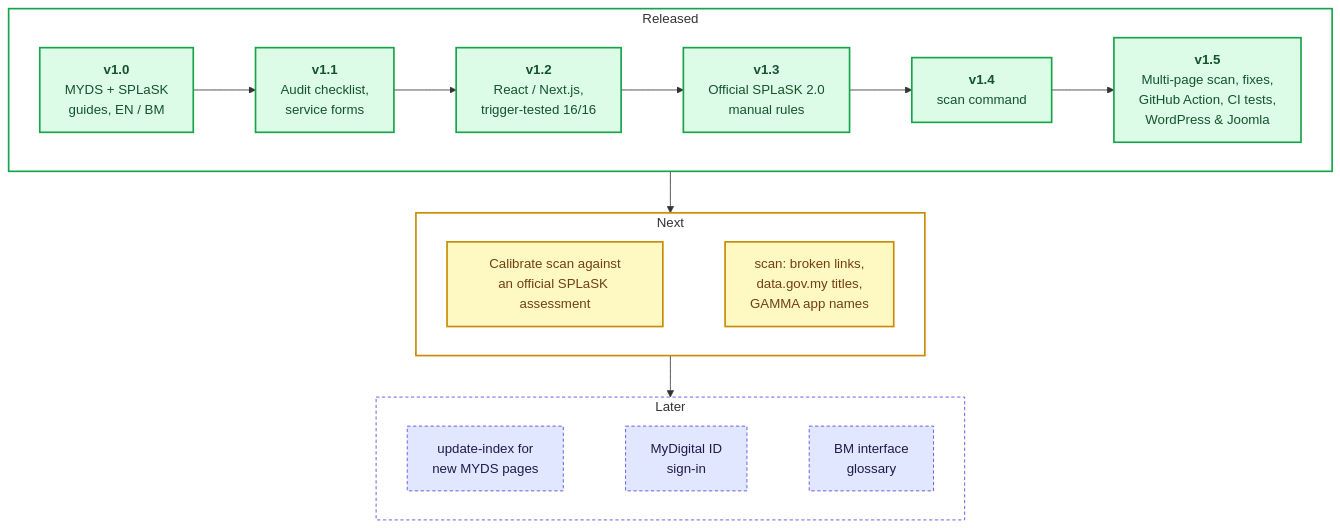
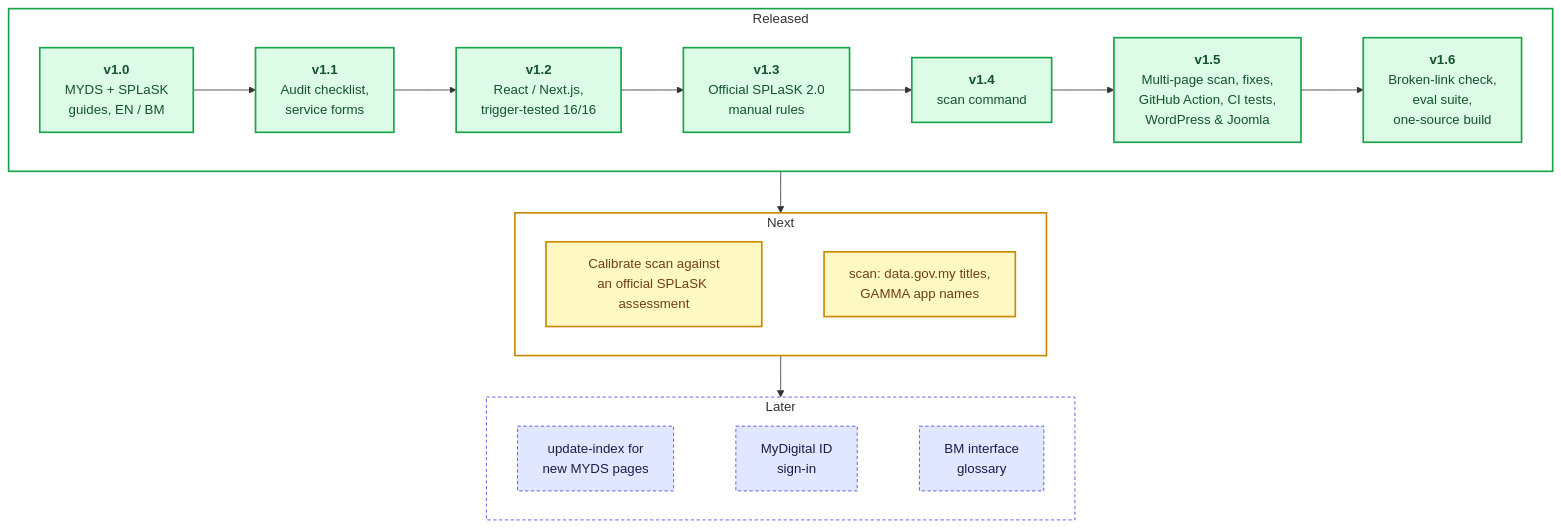
One commit to DexComm69/malaysia-gov-web-guidance changed the second of 2 diagrams in README.md. Above: the diagram before and after it, drawn with Mermaid. The commit also changed other lines of this file and 45 other files, not shown here.

Commit message:
v1.6.0: scan --check-links, eval suite (rounds 4-5), one-source build script

````diff
--- a/README.md
+++ b/README.md
@@ -332,40 +333,41 @@
 ```mermaid
 flowchart TB
     subgraph shipped ["Released"]
         direction LR
         v10["<b>v1.0</b><br/>MYDS + SPLaSK<br/>guides, EN / BM"]
         v11["<b>v1.1</b><br/>Audit checklist,<br/>service forms"]
         v12["<b>v1.2</b><br/>React / Next.js,<br/>trigger-tested 16/16"]
         v13["<b>v1.3</b><br/>Official SPLaSK 2.0<br/>manual rules"]
         v14["<b>v1.4</b><br/>scan command"]
         v15["<b>v1.5</b><br/>Multi-page scan, fixes,<br/>GitHub Action, CI tests,<br/>WordPress & Joomla"]
-        v10 --> v11 --> v12 --> v13 --> v14 --> v15
+        v16["<b>v1.6</b><br/>Broken-link check,<br/>eval suite,<br/>one-source build"]
+        v10 --> v11 --> v12 --> v13 --> v14 --> v15 --> v16
     end
 
     subgraph next ["Next"]
         direction LR
         cal["Calibrate scan against<br/>an official SPLaSK assessment"]
-        scanplus["scan: broken links,<br/>data.gov.my titles,<br/>GAMMA app names"]
+        scanplus["scan: data.gov.my titles,<br/>GAMMA app names"]
         cal ~~~ scanplus
     end
 
     subgraph later ["Later"]
         direction LR
         upd["update-index for<br/>new MYDS pages"]
         idm["MyDigital ID<br/>sign-in"]
         bm["BM interface<br/>glossary"]
         upd ~~~ idm ~~~ bm
     end
 
     shipped --> next --> later
 
     classDef done fill:#dcfce7,stroke:#16a34a,color:#14532d,stroke-width:2px
     classDef nxt fill:#fef9c3,stroke:#ca8a04,color:#713f12,stroke-width:2px
     classDef plan fill:#e0e7ff,stroke:#4f46e5,color:#1e1b4b,stroke-width:1px,stroke-dasharray:4 3
-    class v10,v11,v12,v13,v14,v15 done
+    class v10,v11,v12,v13,v14,v15,v16 done
     class cal,scanplus nxt
     class upd,idm,bm plan
     style shipped fill:transparent,stroke:#16a34a,stroke-width:2px
     style next fill:transparent,stroke:#ca8a04,stroke-width:2px
     style later fill:transparent,stroke:#4f46e5,stroke-width:1px,stroke-dasharray:4 3
 ```
````
